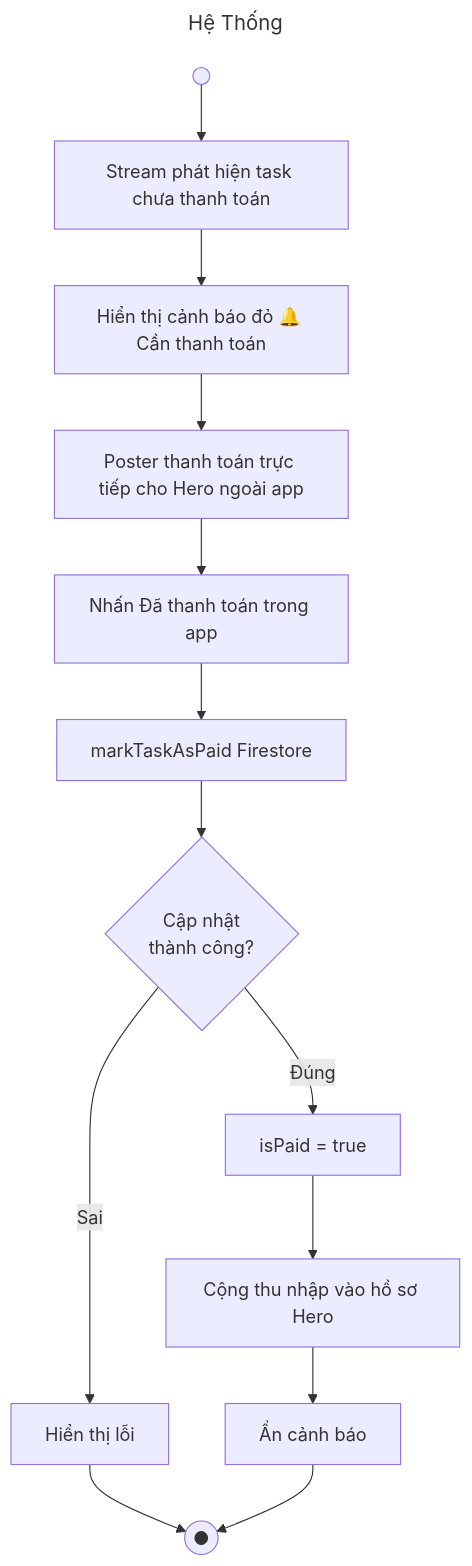
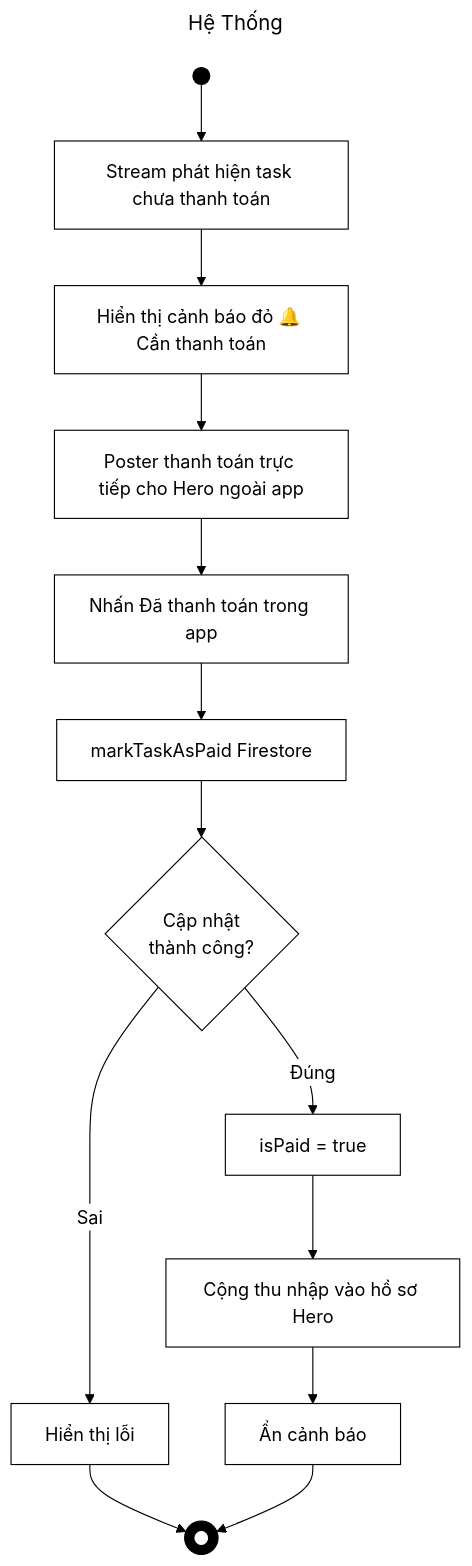
Before and after one commit to Babiboyy55/TaskHeroPKA: diagram 16 of 22 in Activity_Diagrams.md, drawn with Mermaid. The commit also changed other lines of this file, not shown here.

````diff
--- a/Activity_Diagrams.md
+++ b/Activity_Diagrams.md
@@ -290,17 +335,20 @@
 ```mermaid
 ---
 title: Hệ Thống
 ---
+%%{init: {'theme':'base', 'themeVariables': {'primaryColor':'#ffffff', 'primaryBorderColor':'#000000', 'primaryTextColor':'#000000', 'lineColor':'#000000', 'edgeLabelBackground':'#ffffff', 'tertiaryColor':'#ffffff'}}}%%
 flowchart TD
-    S(( )) --> A[Stream phát hiện task chưa thanh toán]
+    classDef default fill:#ffffff,stroke:#000000,stroke-width:1px,color:#000000;
+    classDef blackNode fill:#000000,stroke:#000000,stroke-width:1px,color:#ffffff;
+    S(( )):::blackNode --> A[Stream phát hiện task chưa thanh toán]
     A --> B[Hiển thị cảnh báo đỏ 🔔 Cần thanh toán]
     B --> C[Poster thanh toán trực tiếp cho Hero ngoài app]
     C --> D[Nhấn Đã thanh toán trong app]
     D --> E[markTaskAsPaid Firestore]
     E --> D1{Cập nhật\nthành công?}
     D1 -- Sai --> F[Hiển thị lỗi]
     D1 -- Đúng --> G[isPaid = true]
     G --> H[Cộng thu nhập vào hồ sơ Hero]
     H --> I[Ẩn cảnh báo]
-    F & I --> Z((●))
+    F & I --> Z((●)):::blackNode
 ```
````
